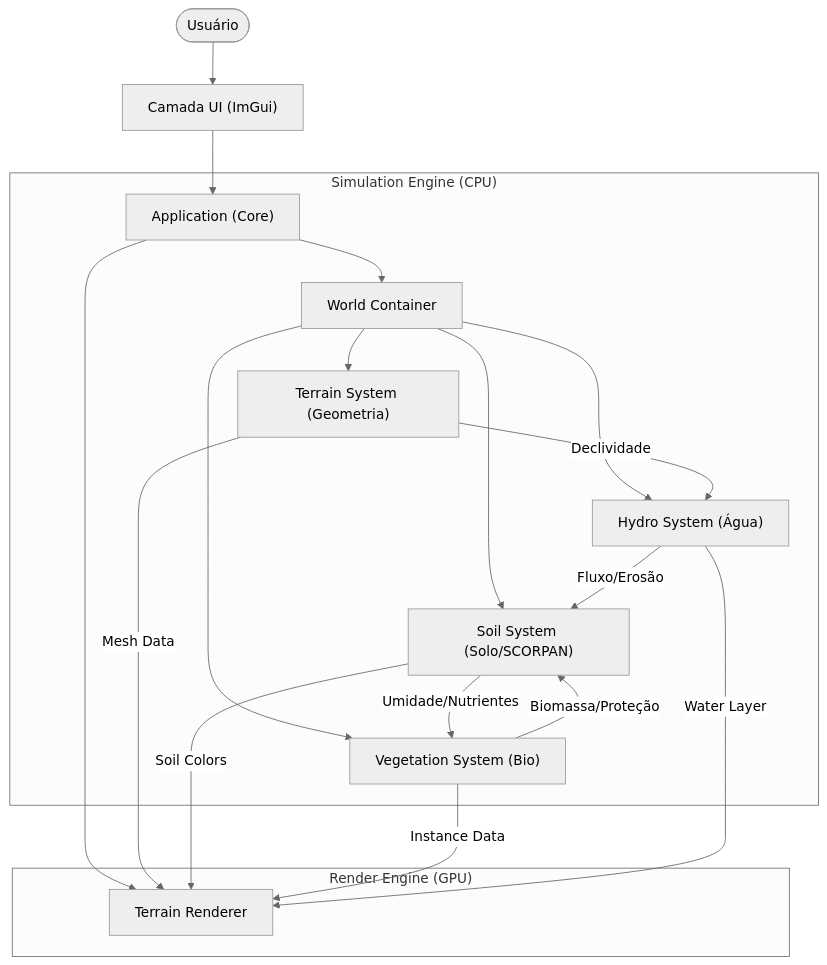
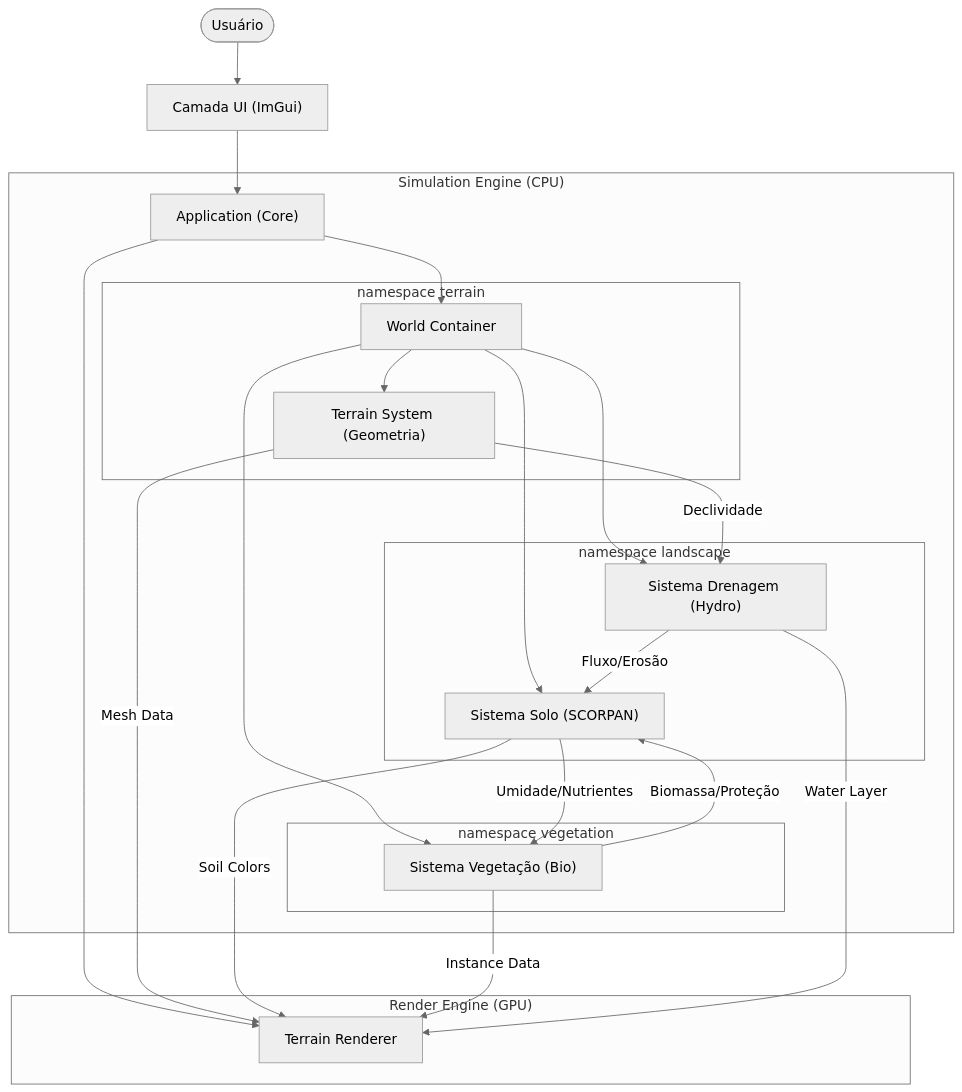
Before and after one commit to jpereiratrindade/SisterAppPEC: the diagram in docs/Arquitetura_Tecnica_Global.md, drawn with Mermaid (neutral theme).

Commit message:
Fix: Group architecture diagram components by C++ Namespace for clarity

````diff
--- a/docs/Arquitetura_Tecnica_Global.md
+++ b/docs/Arquitetura_Tecnica_Global.md
@@ -11,27 +11,35 @@
 ```mermaid
 graph TD
     User(["Usuário"]) --> UI["Camada UI (ImGui)"]
     UI --> App["Application (Core)"]
     
     subgraph "Simulation Engine (CPU)"
         App --> World["World Container"]
-        World --> Terrain["Terrain System (Geometria)"]
         
-        World --> Hydro["Hydro System (Água)"]
-        World --> Soil["Soil System (Solo/SCORPAN)"]
-        World --> Veg["Vegetation System (Bio)"]
+        subgraph "namespace terrain"
+            World --> Terrain["Terrain System (Geometria)"]
+        end
         
-        Terrain -->|"Declividade"| Hydro
-        Hydro -->|"Fluxo/Erosão"| Soil
+        subgraph "namespace landscape"
+            World --> Drainage["Sistema Drenagem (Hydro)"]
+            World --> Soil["Sistema Solo (SCORPAN)"]
+        end
+        
+        subgraph "namespace vegetation"
+            World --> Veg["Sistema Vegetação (Bio)"]
+        end
+        
+        Terrain -->|"Declividade"| Drainage
+        Drainage -->|"Fluxo/Erosão"| Soil
         Soil -->|"Umidade/Nutrientes"| Veg
         Veg -->|"Biomassa/Proteção"| Soil
     end
     
     subgraph "Render Engine (GPU)"
         App --> Renderer["Terrain Renderer"]
         Terrain -->|"Mesh Data"| Renderer
         Soil -->|"Soil Colors"| Renderer
         Veg -->|"Instance Data"| Renderer
-        Hydro -->|"Water Layer"| Renderer
+        Drainage -->|"Water Layer"| Renderer
     end
 ```
````
